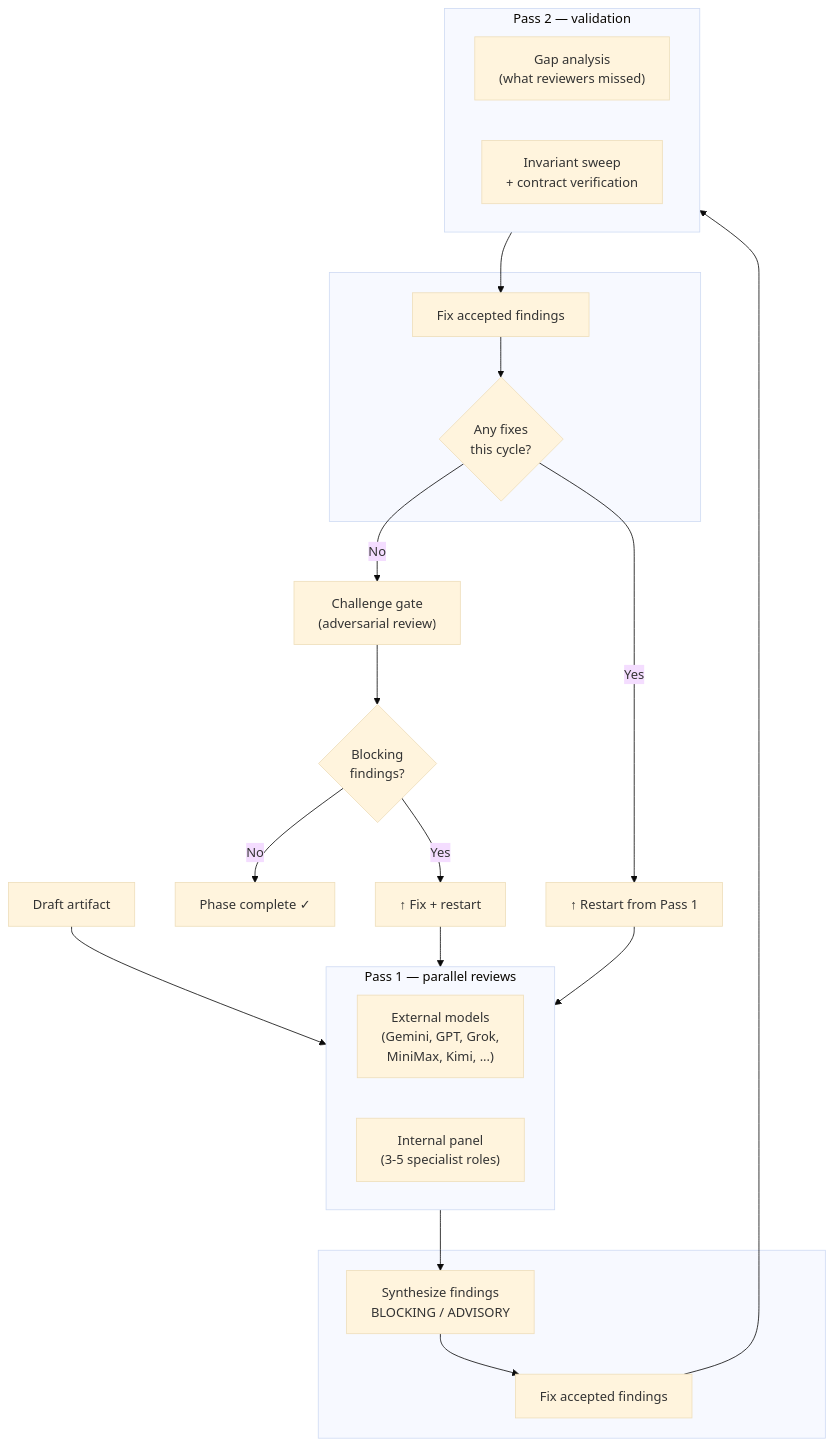
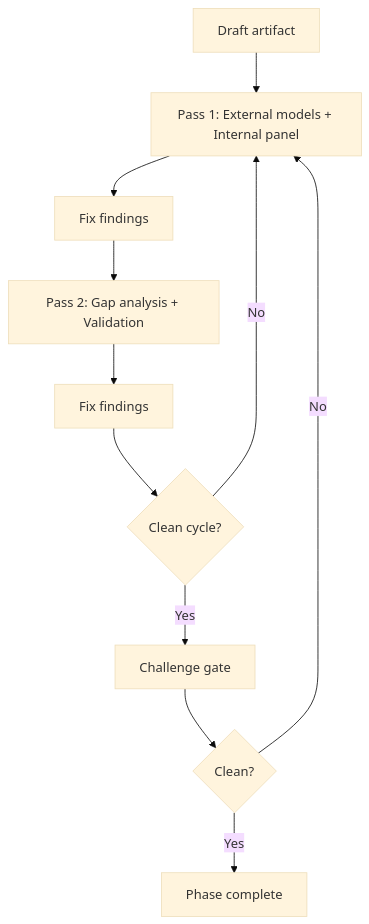
Before and after one commit to tonfield/claude-phasebook: the second of 2 diagrams in README.md, drawn with Mermaid (base theme).

Commit message:
docs: simplify review cycle diagram to clean linear flow
Simple nodes, no subgraphs. Pass 1 → Pass 2 → Challenge in order.

````diff
--- a/README.md
+++ b/README.md
@@ -117,40 +117,13 @@
 ```mermaid
 flowchart TD
-    Draft[Draft artifact] --> Pass1
-
-    subgraph Pass1 [" Pass 1 — parallel reviews "]
-        direction LR
-        Ext["External models\n(Gemini, GPT, Grok,\nMiniMax, Kimi, ...)"]
-        Int["Internal panel\n(3-5 specialist roles)"]
-    end
-
-    subgraph s1 [" "]
-        Synth[Synthesize findings\nBLOCKING / ADVISORY]
-        Synth --> Fix1[Fix accepted findings]
-    end
-
-    Pass1 --> Synth
-
-    Fix1 --> Pass2
-
-    subgraph Pass2 [" Pass 2 — validation "]
-        direction LR
-        Gaps["Gap analysis\n(what reviewers missed)"]
-        Inv["Invariant sweep\n+ contract verification"]
-    end
-
-    subgraph s2 [" "]
-        Fix2[Fix accepted findings]
-        Fix2 --> Check{Any fixes\nthis cycle?}
-    end
-
-    Pass2 --> Fix2
-
-    Check -->|No| CG["Challenge gate\n(adversarial review)"]
-    CG --> CGCheck{Blocking\nfindings?}
-    CGCheck -->|No| Done["Phase complete ✓"]
-    CGCheck -->|Yes| Restart2["↑ Fix + restart"]
-    Restart2 --> Pass1
-    Check -->|Yes| Restart["↑ Restart from Pass 1"]
-    Restart --> Pass1
+    A[Draft artifact] --> B[Pass 1: External models + Internal panel]
+    B --> C[Fix findings]
+    C --> D[Pass 2: Gap analysis + Validation]
+    D --> E[Fix findings]
+    E --> F{Clean cycle?}
+    F -->|No| B
+    F -->|Yes| G[Challenge gate]
+    G --> H{Clean?}
+    H -->|No| B
+    H -->|Yes| I[Phase complete]
 ```
````
